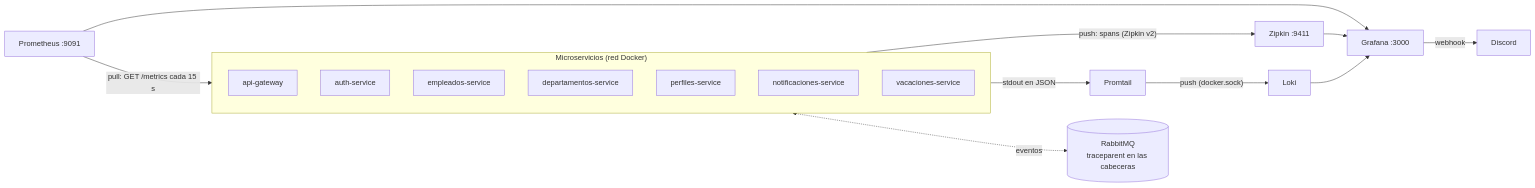
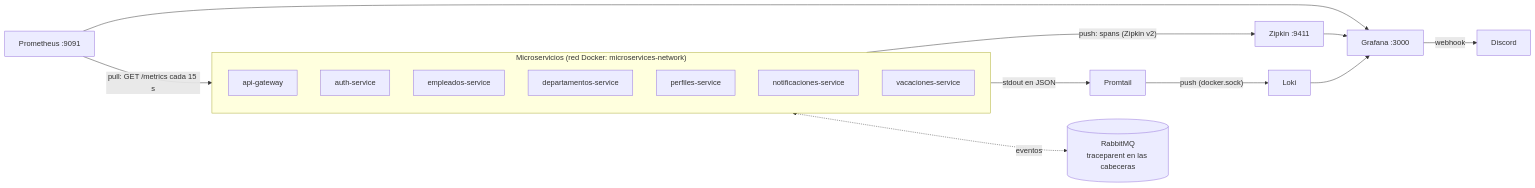
Before and after one commit to JeffersonRodriguezV/Proyecto-Microservicios: the second of 2 diagrams in README.md, drawn with Mermaid. The commit also changed other lines of this file, not shown here.

Commit message:
docs(reto8): README: roles de los tres pilares, CNCF y red Docker en el diagrama

````diff
--- a/README.md
+++ b/README.md
@@ -304,29 +304,29 @@
 ```mermaid
 flowchart LR
-    subgraph SVC["Microservicios (red Docker)"]
+    subgraph SVC["Microservicios (red Docker: microservices-network)"]
         GW[api-gateway]
         AU[auth-service]
         EM[empleados-service]
         DE[departamentos-service]
         PE[perfiles-service]
         NO[notificaciones-service]
         VA[vacaciones-service]
     end
     MQ[("RabbitMQ<br/>traceparent en las cabeceras")]
     PROM["Prometheus :9091"]
     ZIP["Zipkin :9411"]
     PT[Promtail]
     LOKI[Loki]
     GRAF["Grafana :3000"]
     DIS[Discord]
 
     PROM -- "pull: GET /metrics cada 15 s" --> SVC
     SVC -- "push: spans (Zipkin v2)" --> ZIP
     SVC -- "stdout en JSON" --> PT
     PT -- "push (docker.sock)" --> LOKI
     SVC <-. "eventos" .-> MQ
     PROM --> GRAF
     ZIP --> GRAF
     LOKI --> GRAF
     GRAF -- "webhook" --> DIS
 ```
````
